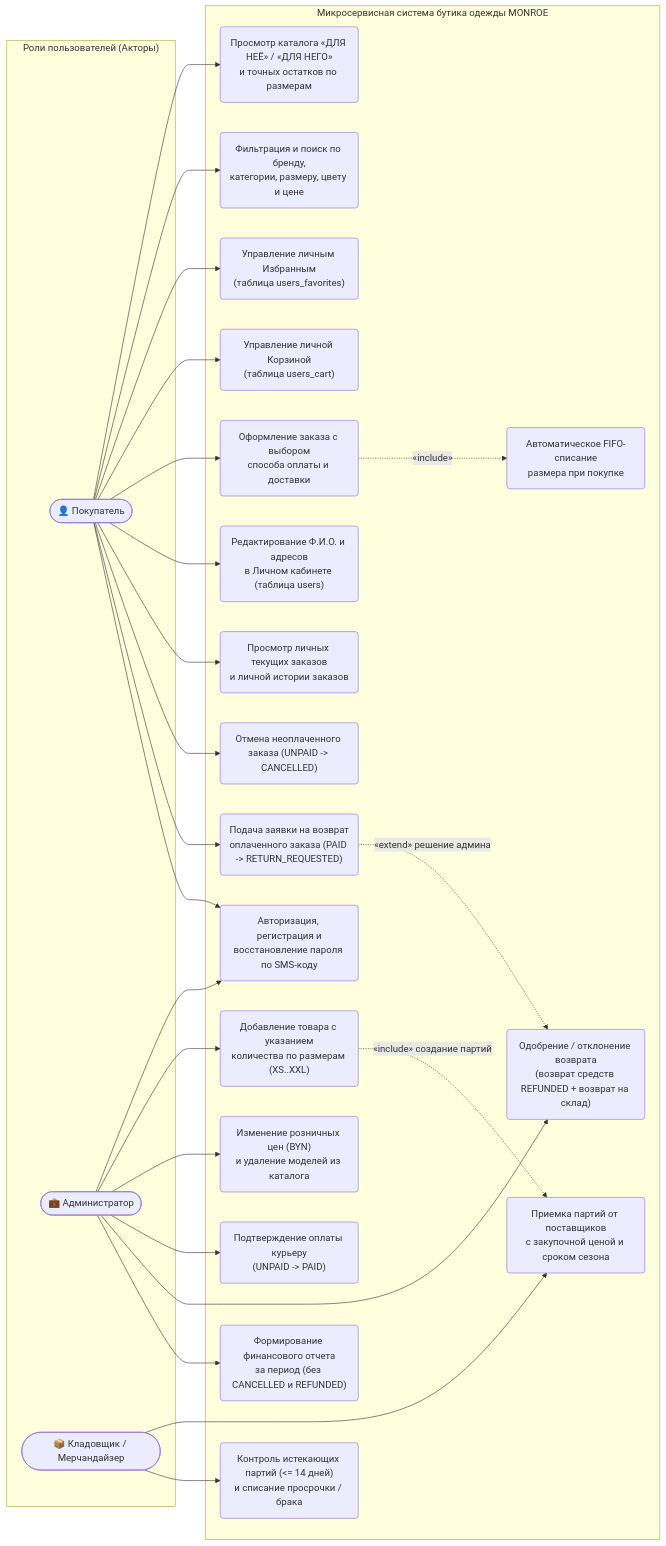
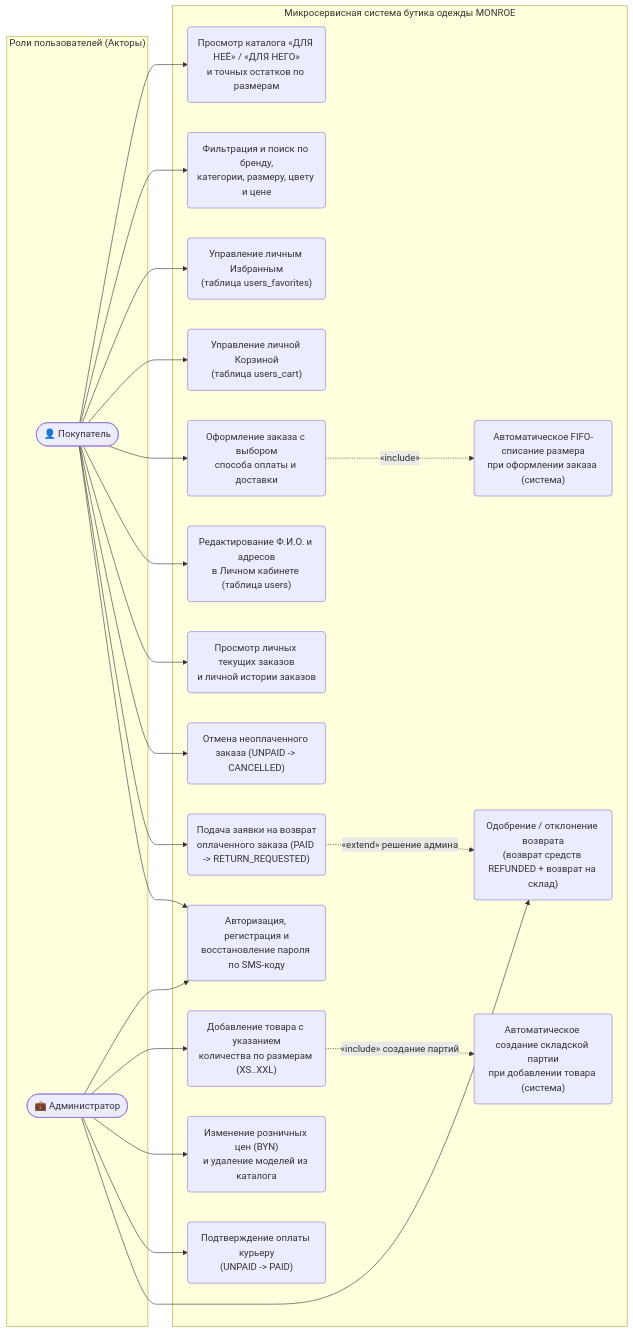
One commit to anya-gor/project2026 changed the first of 7 diagrams in README.md. Above: the diagram before and after it, drawn with Mermaid. The commit also changed other lines of this file and 9 other files, not shown here.

````diff
--- a/README.md
+++ b/README.md
@@ -92,56 +91,49 @@
 ```mermaid
-flowchart LR
+﻿flowchart LR
     subgraph Actors ["Роли пользователей (Акторы)"]
         Customer(["👤 Покупатель"])
         Admin(["💼 Администратор"])
-        Staff(["📦 Кладовщик / Мерчандайзер"])
     end
 
     subgraph MONROE_System ["Микросервисная система бутика одежды MONROE"]
         UC1("Просмотр каталога «ДЛЯ НЕЁ» / «ДЛЯ НЕГО»\nи точных остатков по размерам")
         UC2("Фильтрация и поиск по бренду,\nкатегории, размеру, цвету и цене")
         UC3("Управление личным Избранным\n(таблица users_favorites)")
         UC4("Управление личной Корзиной\n(таблица users_cart)")
         UC5("Оформление заказа с выбором\nспособа оплаты и доставки")
         UC6("Редактирование Ф.И.О. и адресов\nв Личном кабинете (таблица users)")
         UC7("Просмотр личных текущих заказов\nи личной истории заказов")
         UC8("Отмена неоплаченного заказа (UNPAID -> CANCELLED)")
         UC9("Подача заявки на возврат\nоплаченного заказа (PAID -> RETURN_REQUESTED)")
         UC10("Авторизация, регистрация и\nвосстановление пароля по SMS-коду")
 
         UC11("Добавление товара с указанием\nколичества по размерам (XS..XXL)")
         UC12("Изменение розничных цен (BYN)\nи удаление моделей из каталога")
         UC13("Подтверждение оплаты курьеру\n(UNPAID -> PAID)")
         UC14("Одобрение / отклонение возврата\n(возврат средств REFUNDED + возврат на склад)")
-        UC15("Формирование финансового отчета\nза период (без CANCELLED и REFUNDED)")
 
-        UC16("Приемка партий от поставщиков\nс закупочной ценой и сроком сезона")
-        UC17("Автоматическое FIFO-списание\nразмера при покупке")
-        UC18("Контроль истекающих партий (<= 14 дней)\nи списание просрочки / брака")
+        UC15("Автоматическое создание складской партии\nпри добавлении товара (система)")
+        UC16("Автоматическое FIFO-списание размера\nпри оформлении заказа (система)")
     end
 
     Customer --> UC1
     Customer --> UC2
     Customer --> UC3
     Customer --> UC4
     Customer --> UC5
     Customer --> UC6
     Customer --> UC7
     Customer --> UC8
     Customer --> UC9
     Customer --> UC10
 
     Admin --> UC10
     Admin --> UC11
     Admin --> UC12
     Admin --> UC13
     Admin --> UC14
-    Admin --> UC15
 
-    Staff --> UC16
-    Staff --> UC18
-
-    UC5 -.->|"«include»"| UC17
-    UC11 -.->|"«include» создание партий"| UC16
+    UC5 -.->|"«include»"| UC16
+    UC11 -.->|"«include» создание партий"| UC15
     UC9 -.->|"«extend» решение админа"| UC14
 ```
````
